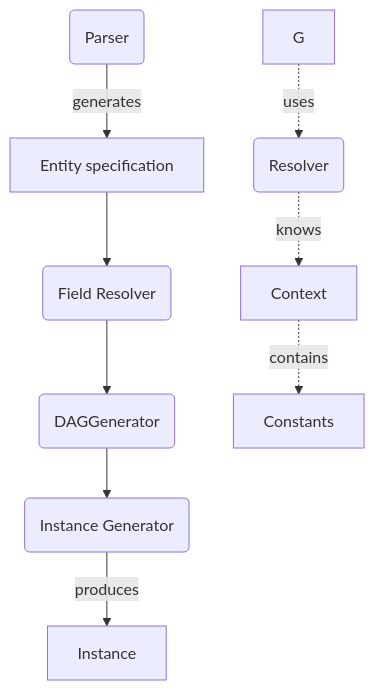
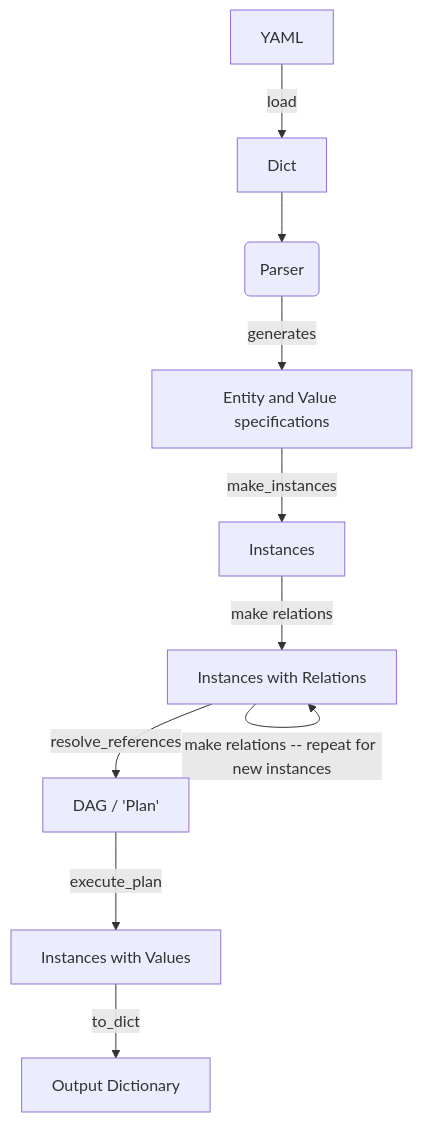
Before and after one commit to mariushelf/factory_boss: the first of 2 diagrams in README.md, drawn with Mermaid. The commit also changed other lines of this file, not shown here.

````diff
--- a/README.md
+++ b/README.md
@@ -9,12 +9,12 @@
 ```mermaid
-flowchart TB
-    P(Parser) -- generates --> ES[Entity specification]
-    ES --> FR(Field Resolver)
-    FR --> DG(DAGGenerator)
-    DG --> IG(Instance Generator)
-    IG -- produces --> I[Instance]
-    
-    G -.->|uses|R(Resolver)
-    R -.->|knows|Context
-    Context -.->|contains|C[Constants]
+graph TB
+    YAML -- load --> Dict --> P
+    ES[Entity and Value specifications]
+    P(Parser) -- generates --> ES
+    ES -- make_instances --> Instances
+    Instances -->|make relations| NI[Instances with Relations]
+    NI -->|make relations -- repeat for new instances| NI
+    NI --> |resolve_references|DAG[DAG / 'Plan']
+    DAG -->|execute_plan| IV[Instances with Values]
+    IV -->|to_dict| DICT[Output Dictionary]
 ```
````
